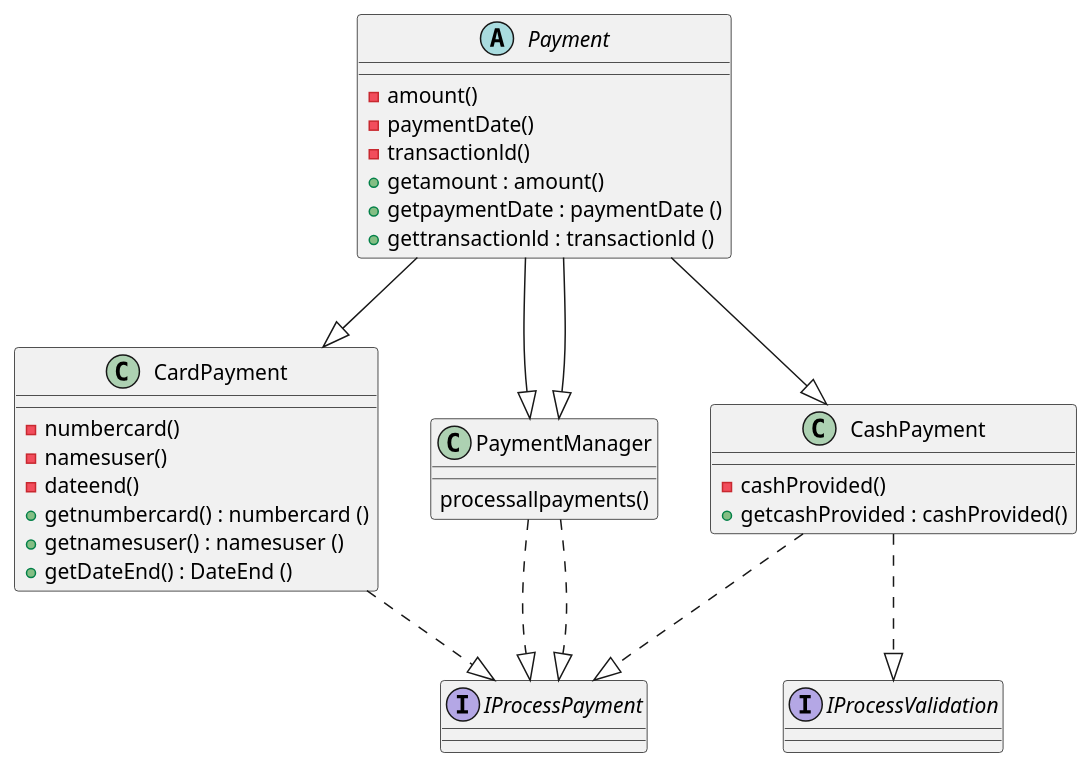
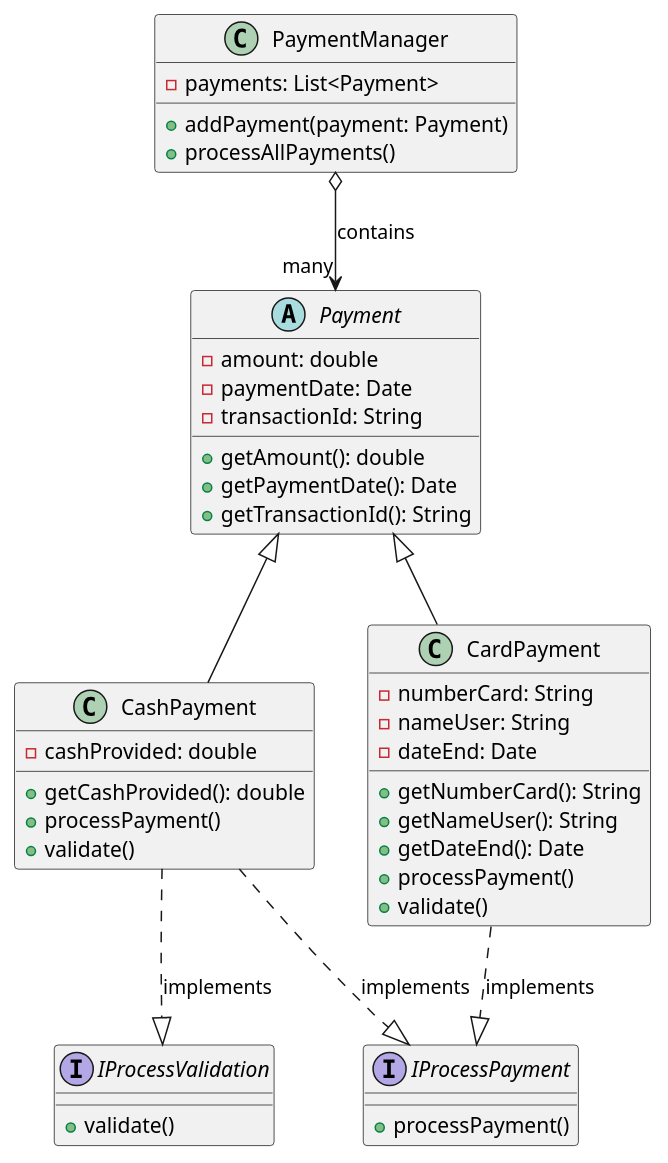
One commit to cadet155i/umldiagramm changed the diagram in Homework4.plantuml. Above: the diagram before and after it, drawn with PlantUML.

Commit message:
New version, upgrated

```diff
--- a/Homework4.plantuml
+++ b/Homework4.plantuml
@@ -1,45 +1,52 @@
 @startuml Diagramm
 
 abstract class Payment {
-    -amount()
-    -paymentDate()
-    -transactionld()
-    +getamount : amount()
-    +getpaymentDate : paymentDate ()
-    +gettransactionld : transactionld ()
-    }
+  - amount: double
+  - paymentDate: Date
+  - transactionId: String
+  + getAmount(): double
+  + getPaymentDate(): Date
+  + getTransactionId(): String
+}
 
-class CashPayment  {
-    -cashProvided()
-    +getcashProvided : cashProvided()
+class CashPayment {
+  - cashProvided: double
+  + getCashProvided(): double
+  + processPayment()
+  + validate()
 }
 
 class CardPayment {
-    -numbercard()
-    -namesuser()
-    -dateend()
-    +getnumbercard() : numbercard ()
-    +getnamesuser() : namesuser ()
-    +getDateEnd() : DateEnd ()
-    }
-
-Class PaymentManager{
-    processallpayments()
+  - numberCard: String
+  - nameUser: String
+  - dateEnd: Date
+  + getNumberCard(): String
+  + getNameUser(): String
+  + getDateEnd(): Date
+  + processPayment()
+  + validate()
 }
 
-interface IProcessPayment
-interface IProcessValidation
+class PaymentManager {
+  - payments: List<Payment>
+  + addPayment(payment: Payment)
+  + processAllPayments()
+}
 
-CardPayment..|>IProcessPayment
-CashPayment..|>IProcessPayment
-CashPayment..|>IProcessValidation
+interface IProcessPayment {
+  + processPayment()
+}
 
-Payment--|>CashPayment
-Payment--|>CardPayment
-Payment--|>PaymentManager
-PaymentManager..|>IProcessPayment
-Payment--|>PaymentManager
-PaymentManager..|>IProcessPayment
+interface IProcessValidation {
+  + validate()
+}
 
+CashPayment ..|> IProcessPayment : implements
+CashPayment ..|> IProcessValidation : implements
+CardPayment ..|> IProcessPayment : implements
+
+Payment <|-- CashPayment
+Payment <|-- CardPayment
+PaymentManager o--> "many" Payment : contains
 
 @enduml
```
